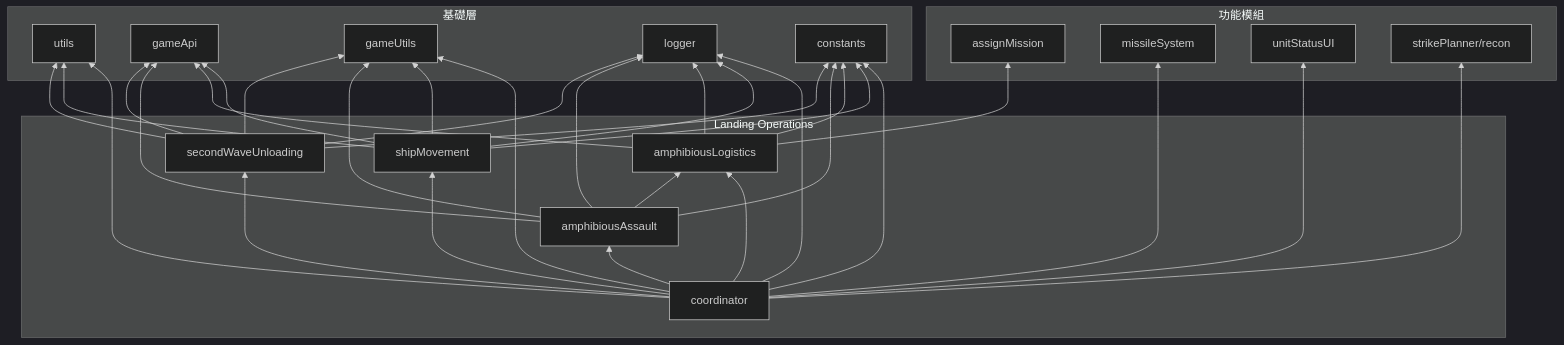
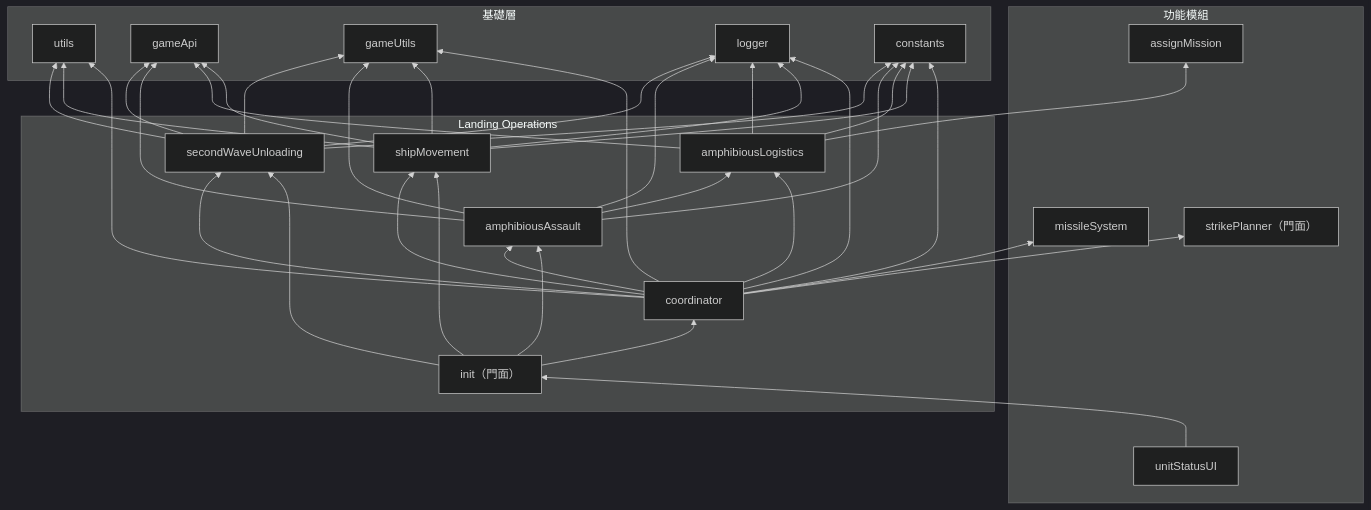
Before and after one commit to pullupjumper/formosa-in-flames: the third of 3 diagrams in docs/landingOps/README.md, drawn with Mermaid (dark theme). The commit also changed other lines of this file and 58 other files, not shown here.

````diff
--- a/docs/landingOps/README.md
+++ b/docs/landingOps/README.md
@@ -145,31 +158,34 @@
 ```mermaid
 flowchart BT
     subgraph 基礎層
         UTILS["utils"]
         GAMEAPI["gameApi"]
         GAMEUTILS["gameUtils"]
         LOGGER["logger"]
         CONSTANTS["constants"]
     end
 
     subgraph 功能模組
         ASSIGN["assignMission"]
         MISSILE["missileSystem"]
         UI["unitStatusUI"]
-        RECON["strikePlanner/recon"]
+        SP["strikePlanner（門面）"]
     end
 
     subgraph Landing Operations
+        INIT["init（門面）"]
         COORD["coordinator"]
         SM["shipMovement"]
         AL["amphibiousLogistics"]
         AA["amphibiousAssault"]
         SW["secondWaveUnloading"]
     end
 
-    COORD --> SM & AL & AA & SW & MISSILE & UI & RECON & UTILS & GAMEUTILS & CONSTANTS & LOGGER
+    UI --> INIT
+    INIT --> COORD & SM & AA & SW
+    COORD --> SM & AL & AA & SW & MISSILE & SP & UTILS & GAMEUTILS & CONSTANTS & LOGGER
     SM --> UTILS & GAMEAPI & GAMEUTILS & CONSTANTS & LOGGER
     AL --> GAMEAPI & ASSIGN & CONSTANTS & LOGGER
     AA --> GAMEAPI & GAMEUTILS & AL & CONSTANTS & LOGGER
     SW --> GAMEAPI & UTILS & GAMEUTILS & CONSTANTS & LOGGER
 ```
````
